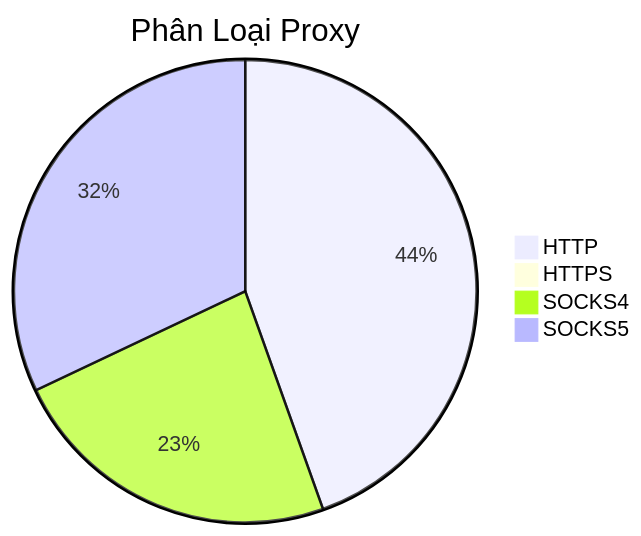
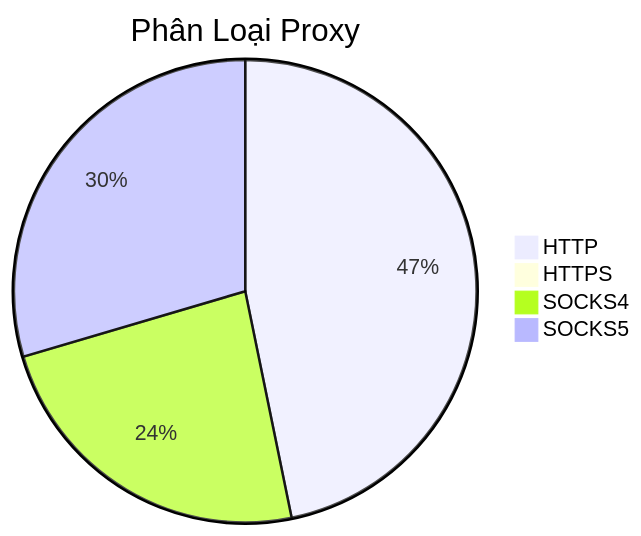
One commit to Ciara-12/PROXY-free changed the diagram in README.md. Above: the diagram before and after it, drawn with Mermaid. The commit also changed other lines of this file and 4 other files, not shown here.

````diff
--- a/README.md
+++ b/README.md
@@ -26,7 +26,7 @@
 ```mermaid
 pie title Phân Loại Proxy
-    "HTTP" : 502
-    "HTTPS" : 2
-    "SOCKS4" : 264
-    "SOCKS5" : 361
+    "HTTP" : 633
+    "HTTPS" : 1
+    "SOCKS4" : 320
+    "SOCKS5" : 400
 ```
````
